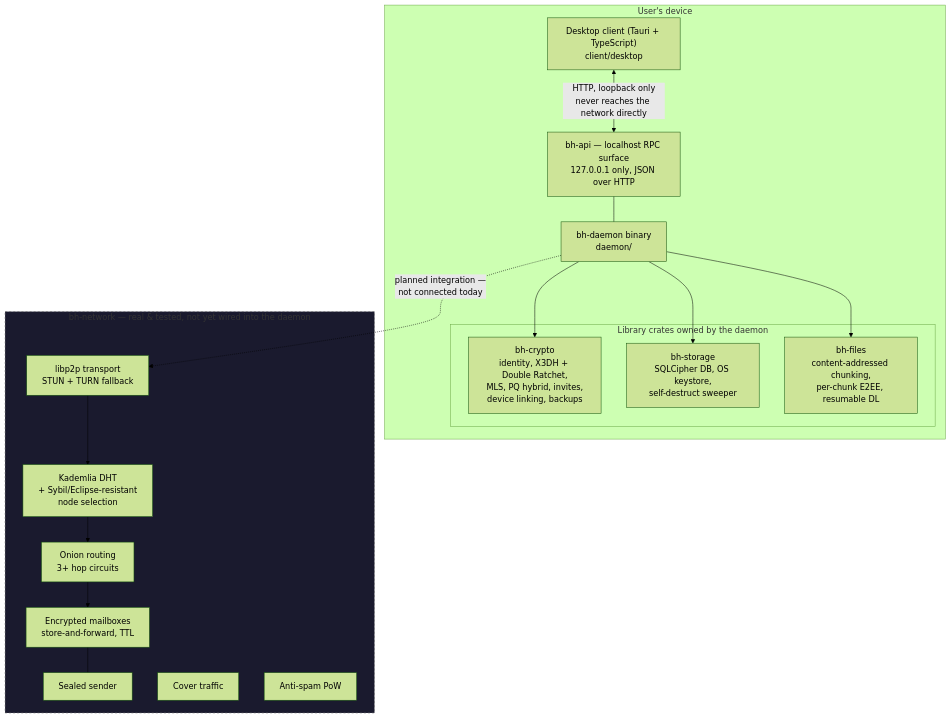
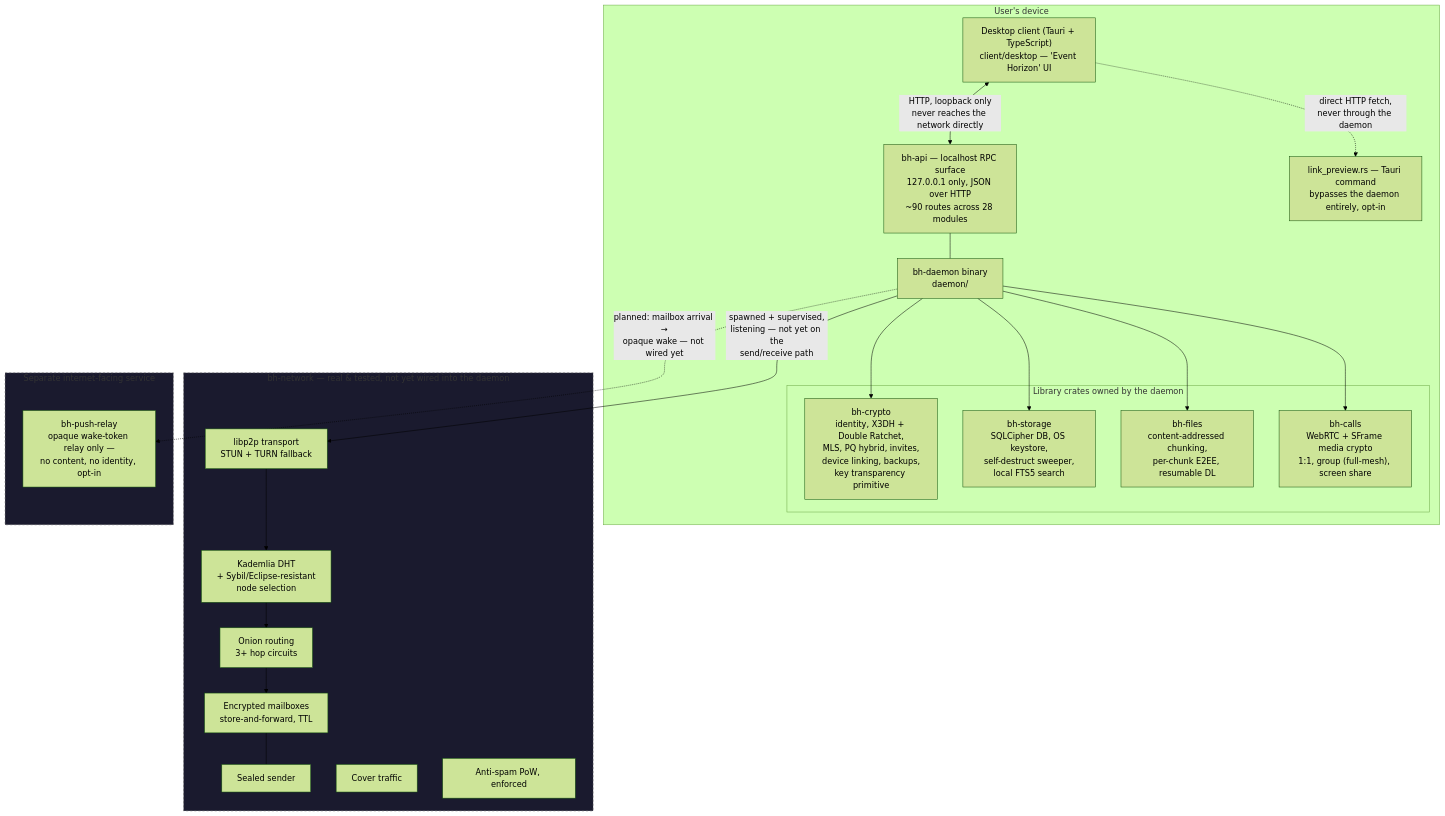
Before and after one commit to debugqz/blackhole: the first of 5 diagrams in README.md, drawn with Mermaid (forest theme). The commit also changed other lines of this file and 101 other files, not shown here.

Commit message:
Add device sync, cosmetics store, notes to self, message editing, broadcast channels, link previews, opaque wake-push relay, voice messages, local search, group calls, and screen sharing; enrich docs with the full current feature set

````diff
--- a/README.md
+++ b/README.md
@@ -102,40 +115,52 @@
 ```mermaid
 graph TB
     subgraph device["User's device"]
-        UI["Desktop client (Tauri + TypeScript)<br/>client/desktop"]
-        API["bh-api — localhost RPC surface<br/>127.0.0.1 only, JSON over HTTP"]
+        UI["Desktop client (Tauri + TypeScript)<br/>client/desktop — 'Event Horizon' UI"]
+        API["bh-api — localhost RPC surface<br/>127.0.0.1 only, JSON over HTTP<br/>~90 routes across 28 modules"]
         Daemon["bh-daemon binary<br/>daemon/"]
 
         UI <-->|"HTTP, loopback only<br/>never reaches the network directly"| API
         API --- Daemon
 
         subgraph libs["Library crates owned by the daemon"]
-            Crypto["bh-crypto<br/>identity, X3DH + Double Ratchet,<br/>MLS, PQ hybrid, invites,<br/>device linking, backups"]
-            Storage["bh-storage<br/>SQLCipher DB, OS keystore,<br/>self-destruct sweeper"]
+            Crypto["bh-crypto<br/>identity, X3DH + Double Ratchet,<br/>MLS, PQ hybrid, invites,<br/>device linking, backups,<br/>key transparency primitive"]
+            Storage["bh-storage<br/>SQLCipher DB, OS keystore,<br/>self-destruct sweeper,<br/>local FTS5 search"]
             Files["bh-files<br/>content-addressed chunking,<br/>per-chunk E2EE, resumable DL"]
+            Calls["bh-calls<br/>WebRTC + SFrame media crypto<br/>1:1, group (full-mesh), screen share"]
         end
 
         Daemon --> Crypto
         Daemon --> Storage
         Daemon --> Files
+        Daemon --> Calls
+
+        LinkPreview["link_preview.rs — Tauri command<br/>bypasses the daemon entirely, opt-in"]
+        UI -.->|"direct HTTP fetch,<br/>never through the daemon"| LinkPreview
     end
 
     subgraph net["bh-network — real & tested, not yet wired into the daemon"]
         Transport["libp2p transport<br/>STUN + TURN fallback"]
         DHT["Kademlia DHT<br/>+ Sybil/Eclipse-resistant<br/>node selection"]
         Onion["Onion routing<br/>3+ hop circuits"]
         Mailbox["Encrypted mailboxes<br/>store-and-forward, TTL"]
         Sealed["Sealed sender"]
         Cover["Cover traffic"]
-        PoW["Anti-spam PoW"]
+        PoW["Anti-spam PoW, enforced"]
 
         Transport --> DHT
         DHT --> Onion
         Onion --> Mailbox
         Mailbox --- Sealed
     end
 
-    Daemon -.->|"planned integration —<br/>not connected today"| Transport
+    Daemon -->|"spawned + supervised,<br/>listening — not yet on the<br/>send/receive path"| Transport
+
+    subgraph relay["Separate internet-facing service"]
+        PushRelay["bh-push-relay<br/>opaque wake-token relay only —<br/>no content, no identity, opt-in"]
+    end
+
+    Daemon -.->|"planned: mailbox arrival →<br/>opaque wake — not wired yet"| PushRelay
 
     style net fill:#1a1a2e,stroke:#666,stroke-dasharray: 4 4
+    style relay fill:#1a1a2e,stroke:#666,stroke-dasharray: 4 4
 ```
````
